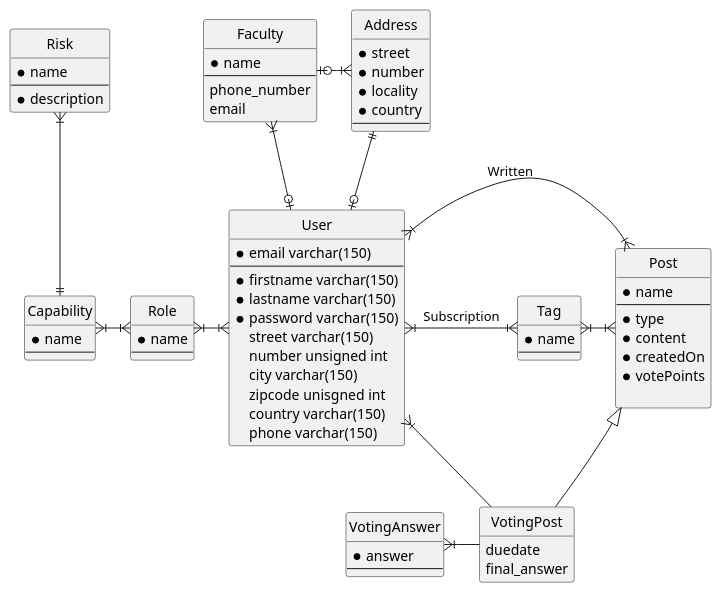
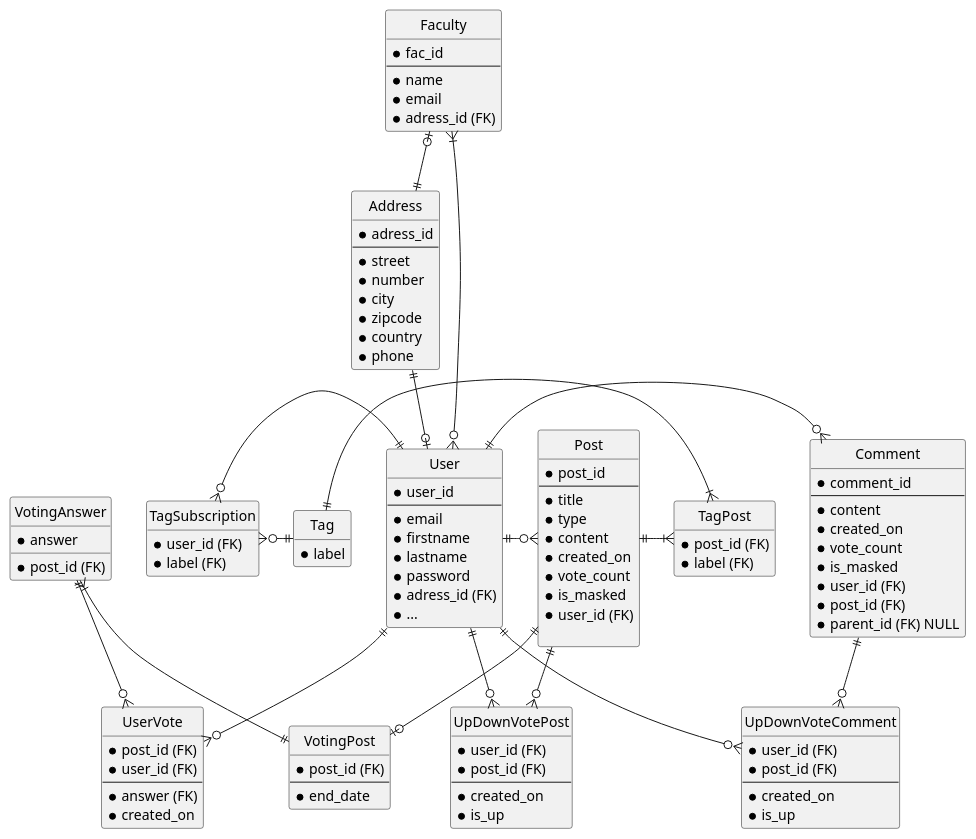
The diagram in uml/database_schema.wsd (LeGroupeDeFer/infom114_LaboMDL), drawn with PlantUML before and after one commit. The commit also changed 5 other files, not shown here.

Commit message:
Updated database schema & Added tooltip for guest user for up/downVote

```diff
--- a/uml/database_schema.wsd
+++ b/uml/database_schema.wsd
@@ -1,114 +1,160 @@
 @startuml db_mdl
 
 hide circle
 hide empty members
 
 ' entity Entity {
 '    * identifying_attribute
 '    --
 '    * mandatory_attribute
 '    optional_attribute
 ' }
 
 ' ' zero or one
 ' A |o--o| B
 
 ' ' exactly one
 ' C ||--|| D
 
 ' ' zero or many
 ' E }o--o{ F
 
 ' ' one or many
 ' G }|--|{ H
 
 entity User {
-  * email varchar(150)
+  * user_id
   --
-  * firstname varchar(150)
-  * lastname varchar(150)
-  * password varchar(150)
-  street varchar(150)
-  number unsigned int
-  city varchar(150)
-  zipcode unisgned int
-  country varchar(150)
-  phone varchar(150)
+  * email 
+  * firstname 
+  * lastname
+  * password
+  * adress_id (FK)
+  * ...
 }
 
 entity Address {
+  * adress_id
+  --
   * street
   * number
-  * locality
+  * city
+  * zipcode
   * country
-  --
+  * phone
 }
 
 
 
+entity UpDownVotePost {
+  * user_id (FK)
+  * post_id (FK)
+  --
+  * created_on
+  * is_up
+}
+
+
+entity UpDownVoteComment {
+  * user_id (FK)
+  * post_id (FK)
+  --
+  * created_on
+  * is_up
+}
+
+entity TagSubscription{
+  * user_id (FK)
+  * label (FK)
+}
+
 entity Tag {
-  * name
-  --
+  * label
 }
 
 entity Post {
-  * name
+  * post_id
   --
+  * title
   * type
   * content
-  * createdOn
-  * votePoints
-  
+  * created_on
+  * vote_count
+  * is_masked
+  * user_id (FK)
+
 }
 
-entity Role {
-  * name
+entity Comment {
+  * comment_id
   --
+  * content
+  * created_on
+  * vote_count
+  * is_masked
+  * user_id (FK)
+  * post_id (FK)
+  * parent_id (FK) NULL
 }
 
-entity Capability {
-  * name
+
+entity VotingPost {
+  * post_id (FK)
   --
+  * end_date
 }
 
-entity Risk {
-  * name
-  --
-  * description
+entity TagPost {
+    * post_id (FK)
+    * label (FK)
 }
 
-entity VotingPost {
-  duedate
-  final_answer
+entity UserVote {
+  * post_id (FK)
+  * user_id (FK)
+  --
+  * answer (FK)
+  * created_on
 }
 
-entity VotingAnswer {
+entity VotingAnswer{
+  * post_id (FK)
   * answer
-  --
 }
 
 entity Faculty  {
+  * fac_id
+  --
   * name
-  --
-  phone_number
-  email
+  * email
+  * adress_id (FK)
 }
 
 Address ||--o| User
-Tag }|-|{ Post
 
-Faculty }|--o| User
-Faculty |o-|{ Address
 
-Risk }|--|| Capability
-Capability }|-|{ Role
-Role }|-|{ User
+Faculty }|--o{ User
+Faculty |o--|| Address
 
-User }|-|{ Tag : Subscription
-User }|-|{ Post : Written
 
-Post <|-- VotingPost
-VotingAnswer }|- VotingPost
-User }|- VotingPost
+User ||-o{ Post 
+User ||--o{ UpDownVotePost
+Post ||--o{ UpDownVotePost
 
+
+User ||-o{ Comment
+User ||--o{ UpDownVoteComment
+Comment ||--o{ UpDownVoteComment
+
+Post ||--o| VotingPost
+VotingAnswer}|-|| VotingPost
+
+User  ||--o{ UserVote
+VotingAnswer ||--o{  UserVote 
+
+TagSubscription }o-|| User
+TagSubscription }o-|| Tag
+
+Tag  ||-|{  TagPost
+Post ||-|{  TagPost
 @enduml
```
